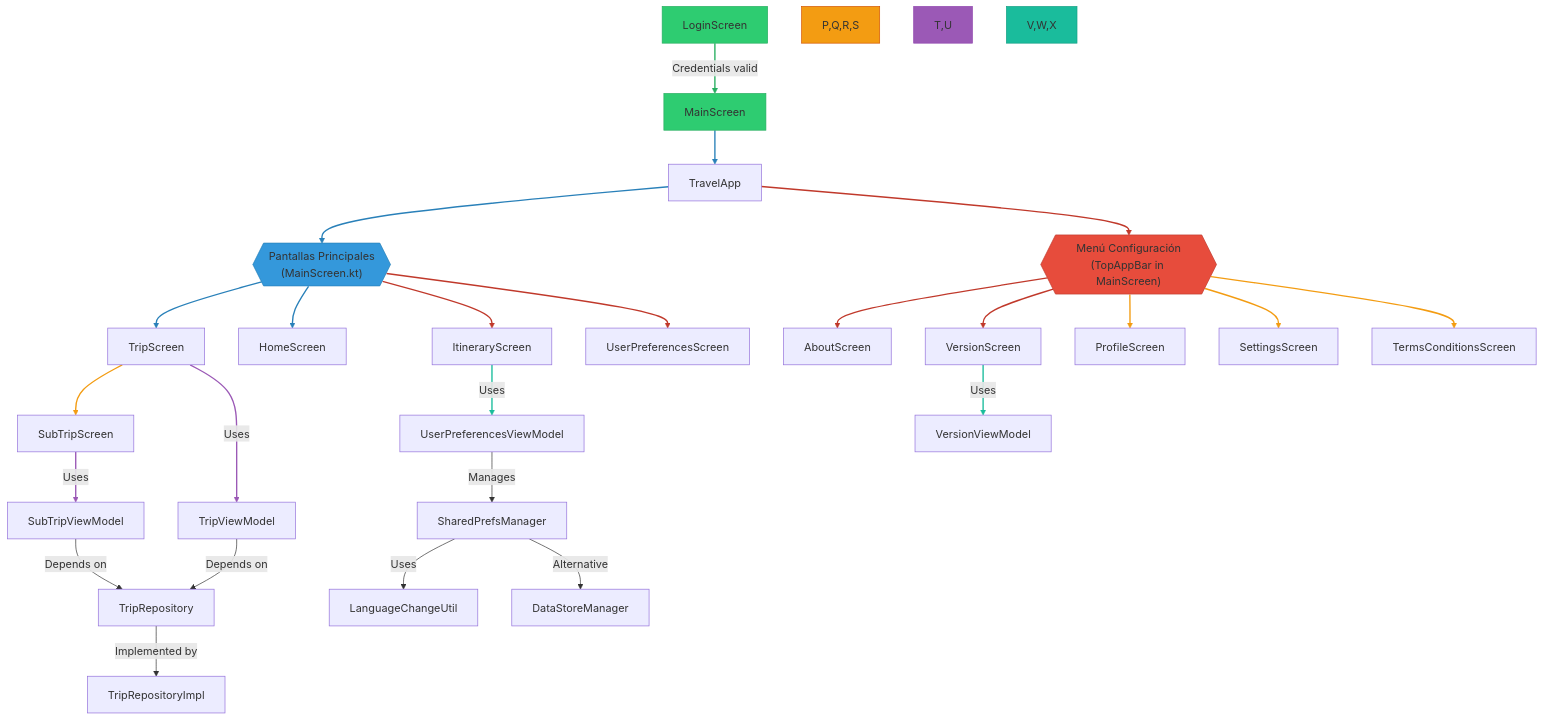
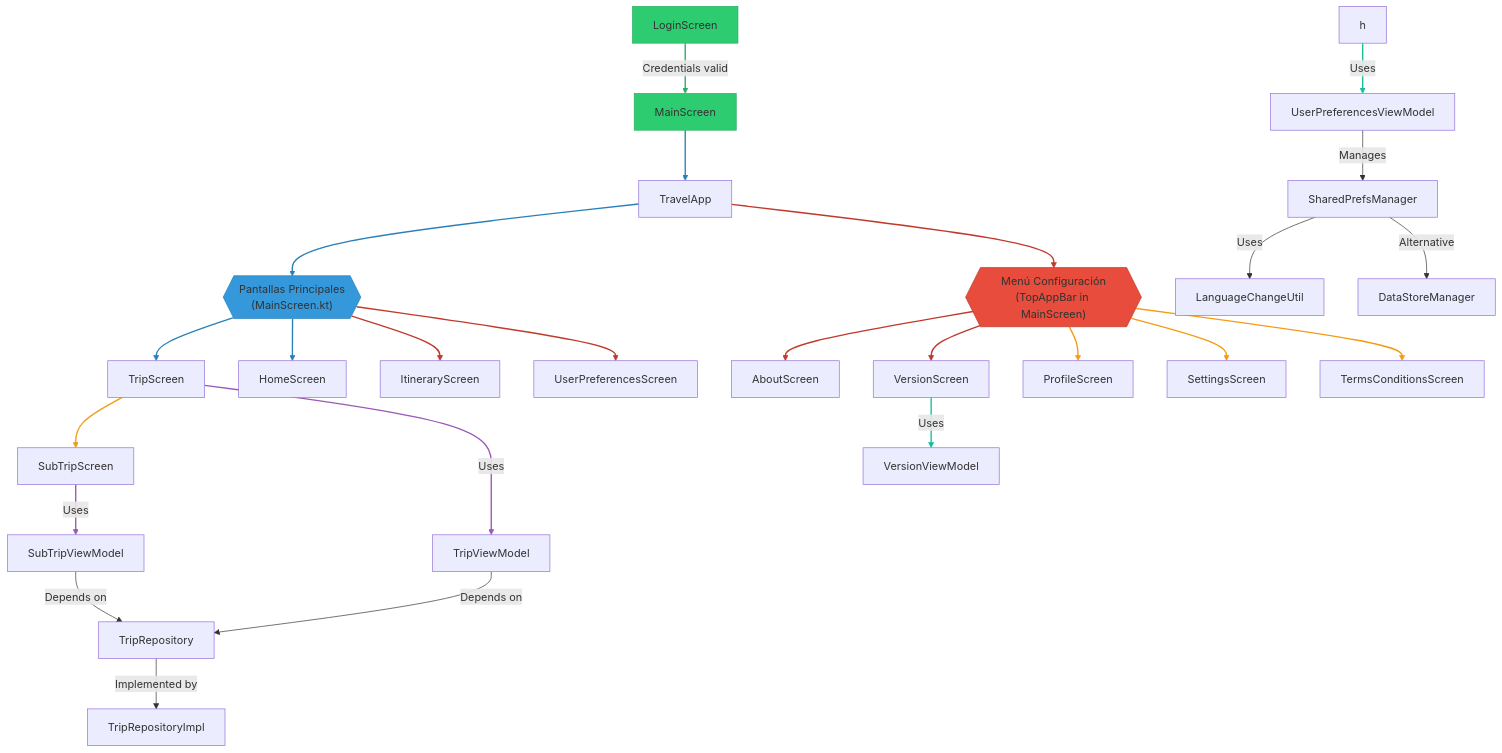
One commit to GEI3-Udl-2025/Travel_World changed the second of 2 diagrams in documentation/design.md. Above: the diagram before and after it, drawn with Mermaid.

````diff
--- a/documentation/design.md
+++ b/documentation/design.md
@@ -21,47 +21,44 @@
 ```mermaid
 flowchart TD
     %% ===== Main Flow =====
     A[LoginScreen] -->|"Credentials valid"| B[MainScreen]
     B --> C[TravelApp]
     C --> D{{"Pantallas Principales\n(MainScreen.kt)"}}
     D --> E[TripScreen]
     D --> F[HomeScreen]
     D --> G[ItineraryScreen]
     D --> H[UserPreferencesScreen]
     C --> I{{"Menú Configuración\n(TopAppBar in MainScreen)"}}
     I --> J[AboutScreen]
     I --> K[VersionScreen]
     I --> L[ProfileScreen]
     I --> M[SettingsScreen]
     I --> N[TermsConditionsScreen]
     E --> O[SubTripScreen]
 
     %% ===== Data Connections =====
     E -->|"Uses"| P[TripViewModel]
     O -->|"Uses"| Q[SubTripViewModel]
-    G -->|"Uses"| R[UserPreferencesViewModel]
+    h -->|"Uses"| R[UserPreferencesViewModel]
     K -->|"Uses"| S[VersionViewModel]
     
     P & Q -->|"Depends on"| T[TripRepository]
     T -->|"Implemented by"| U[TripRepositoryImpl]
     R -->|"Manages"| V[SharedPrefsManager]
     V -->|"Uses"| W[LanguageChangeUtil]
     V -->|"Alternative"| X[DataStoreManager]
 
     %% ===== Style =====
     style A fill:#2ecc71,stroke:#27ae60
     style B fill:#2ecc71,stroke:#27ae60
     style D fill:#3498db,stroke:#2980b9
     style I fill:#e74c3c,stroke:#c0392b
-    style P,Q,R,S fill:#f39c12,stroke:#d35400
-    style T,U fill:#9b59b6,stroke:#8e44ad
-    style V,W,X fill:#1abc9c,stroke:#16a085
 
     %% ===== Legend =====
     linkStyle 0 stroke:#27ae60,stroke-width:2px
     linkStyle 1,2,3,4 stroke:#2980b9,stroke-width:2px
     linkStyle 5,6,7,8,9 stroke:#c0392b,stroke-width:2px
     linkStyle 10,11,12,13 stroke:#f39c12,stroke-width:2px
     linkStyle 14,15 stroke:#9b59b6,stroke-width:2px
     linkStyle 16,17 stroke:#1abc9c,stroke-width:2px
 ```
````
